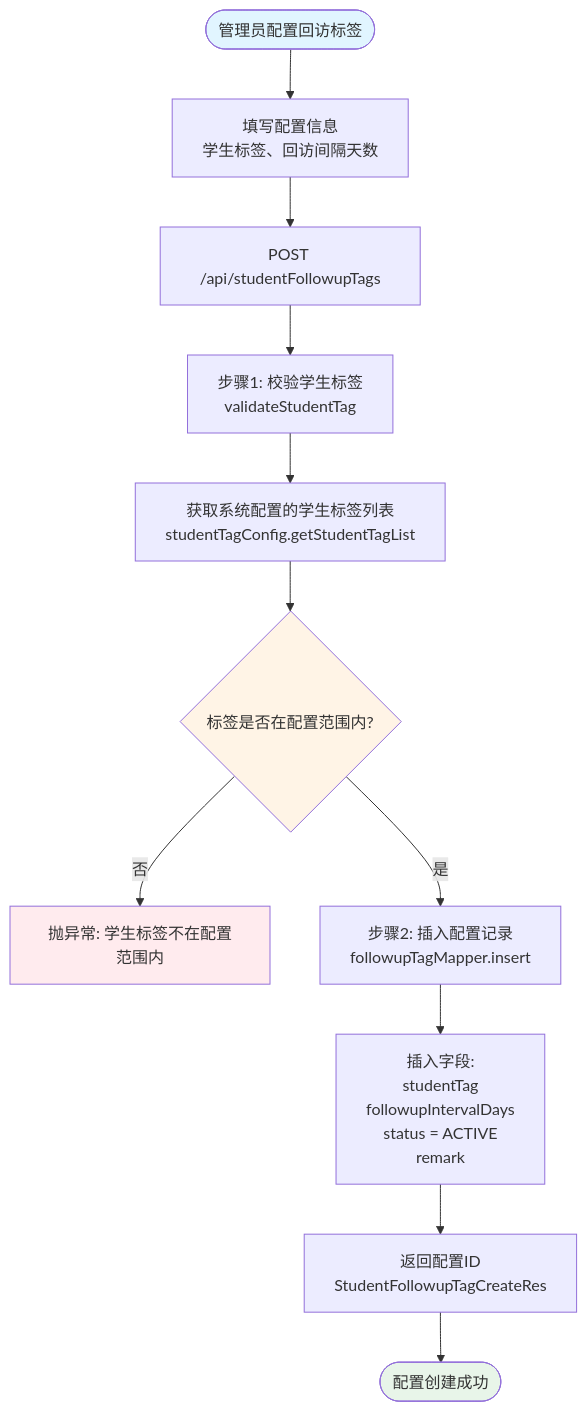
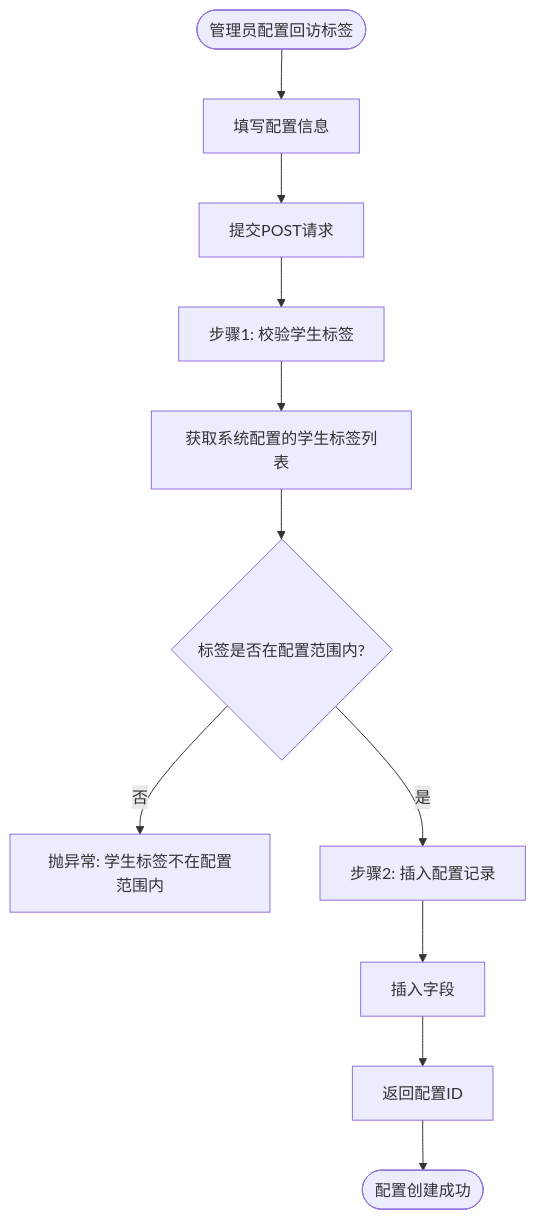
Before and after one commit to Smithhss/YanQue-Admin: diagram 54 of 59 in docs/tutorial.md, drawn with Mermaid. The commit also changed other lines of this file and 41 other files, not shown here.

First line of the commit message:
docs: 优化教程流程图兼容性，补充业务层注释

````diff
--- a/docs/tutorial.md
+++ b/docs/tutorial.md
@@ -8541,26 +8397,25 @@
 ```mermaid
-flowchart TB
-    Start([管理员配置回访标签]) --> Form[填写配置信息<br/>学生标签、回访间隔天数]
+graph TB
+    Start([管理员配置回访标签])
+    Form[填写配置信息]
+    Submit[提交POST请求]
+    Step1[步骤1: 校验学生标签]
+    GetConfig[获取系统配置的学生标签列表]
+    Check1{标签是否在配置范围内?}
+    Error1[抛异常: 学生标签不在配置范围内]
+    Step2[步骤2: 插入配置记录]
+    Insert[插入字段]
+    Return[返回配置ID]
+    End([配置创建成功])
     
-    Form --> Submit[POST /api/studentFollowupTags]
-    
-    Submit --> Step1[步骤1: 校验学生标签<br/>validateStudentTag]
-    
-    Step1 --> GetConfig[获取系统配置的学生标签列表<br/>studentTagConfig.getStudentTagList]
-    
-    GetConfig --> Check1{标签是否在配置范围内?}
-    
-    Check1 -->|否| Error1[抛异常: 学生标签不在配置范围内]
-    Check1 -->|是| Step2[步骤2: 插入配置记录<br/>followupTagMapper.insert]
-    
-    Step2 --> Insert[插入字段:<br/>studentTag<br/>followupIntervalDays<br/>status = ACTIVE<br/>remark]
-    
-    Insert --> Return[返回配置ID<br/>StudentFollowupTagCreateRes]
-    
-    Return --> End([配置创建成功])
-    
-    style Start fill:#e1f5ff
-    style End fill:#e8f5e9
-    style Error1 fill:#ffebee
-    style Check1 fill:#fff4e6
+    Start --> Form
+    Form --> Submit
+    Submit --> Step1
+    Step1 --> GetConfig
+    GetConfig --> Check1
+    Check1 -->|否| Error1
+    Check1 -->|是| Step2
+    Step2 --> Insert
+    Insert --> Return
+    Return --> End
 ```
````
